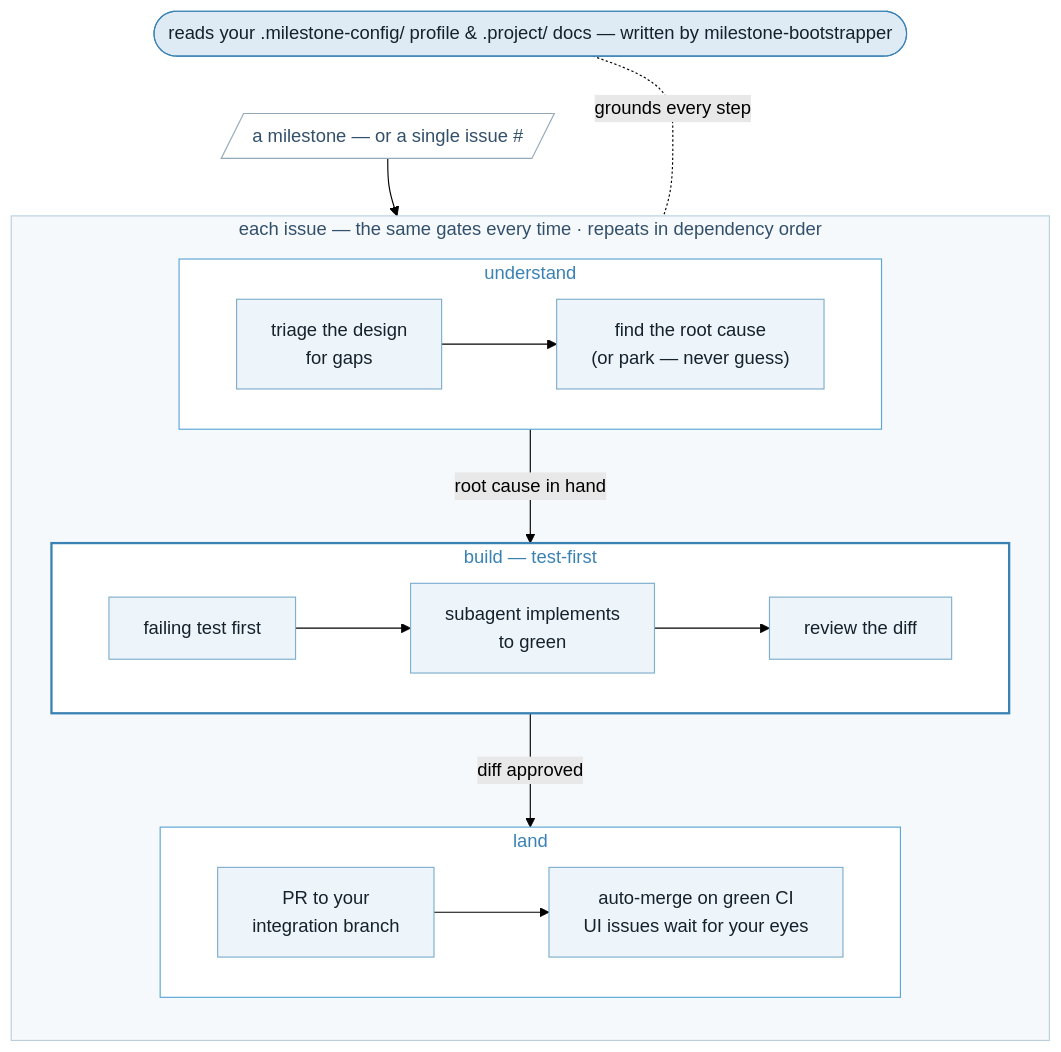
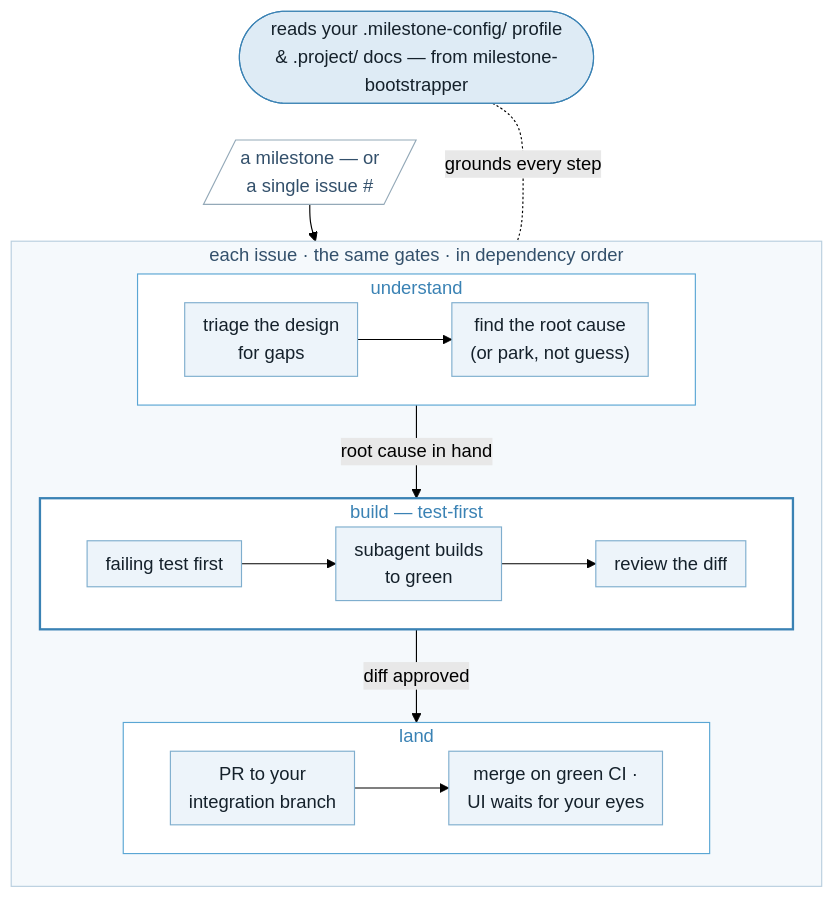
Before and after one commit to kenmulford/milestone-driver: the diagram in README.md, drawn with Mermaid (forest theme).

Commit message:
docs(readme): make the flowchart mobile-friendly - compact 3-node rows, no wide ribbon
wrappingWidth 900 and long single-line labels rendered a ~1000-1900px
ribbon that scales to unreadable text on a phone; the suite chart's
vertical node stacks read as a tunnel. Every subgraph is now an
internal LR row of at most 3 compact nodes, labels wrap at 280,
spacing tightened. Structure, edges, and styling semantics unchanged.

````diff
--- a/README.md
+++ b/README.md
@@ -13,39 +13,39 @@
 ```mermaid
-%%{init: {"flowchart": {"wrappingWidth": 900}} }%%
+%%{init: {"flowchart": {"wrappingWidth": 280, "nodeSpacing": 30, "rankSpacing": 32, "padding": 8}} }%%
 flowchart TD
-    cfg(["reads your .milestone-config/ profile &amp; .project/ docs — written by milestone-bootstrapper"])
+    cfg(["reads your .milestone-config/ profile<br/>&amp; .project/ docs — from milestone-bootstrapper"])
 
-    input[/"a milestone — or a single issue #"/]
+    input[/"a milestone — or<br/>a single issue #"/]
 
-    subgraph loop [each issue — the same gates every time · repeats in dependency order]
+    subgraph loop [each issue · the same gates · in dependency order]
         direction TB
         subgraph sgU [understand]
             direction LR
-            u1["triage the design<br/>for gaps"] --> u2["find the root cause<br/>(or park — never guess)"]
+            u1["triage the design<br/>for gaps"] --> u2["find the root cause<br/>(or park, not guess)"]
         end
         subgraph sgB [build — test-first]
             direction LR
-            b1["failing test first"] --> b2["subagent implements<br/>to green"] --> b3["review the diff"]
+            b1["failing test first"] --> b2["subagent builds<br/>to green"] --> b3["review the diff"]
         end
         subgraph sgL [land]
             direction LR
-            l1["PR to your<br/>integration branch"] --> l2["auto-merge on green CI<br/>UI issues wait for your eyes"]
+            l1["PR to your<br/>integration branch"] --> l2["merge on green CI ·<br/>UI waits for your eyes"]
         end
 
         sgU -->|root cause in hand| sgB
         sgB -->|diff approved| sgL
     end
 
     cfg ~~~ input
     input --> sgU
     cfg <-.-|grounds every step| loop
 
     style cfg fill:#DEEBF5,stroke:#3A82B4,color:#15212B
     style input fill:#FFFFFF,stroke:#94A9B8,color:#33506B
     style loop fill:#F5F9FC,stroke:#B9CFDF,color:#33506B
     style sgU fill:#FFFFFF,stroke:#5AA6D4,color:#3A82B4
     style sgB fill:#FFFFFF,stroke:#3A82B4,stroke-width:2px,color:#3A82B4
     style sgL fill:#FFFFFF,stroke:#5AA6D4,color:#3A82B4
     classDef action fill:#EDF4FA,stroke:#7FAECE,color:#15212B
     class u1,u2,b1,b2,b3,l1,l2 action
 ```
````
